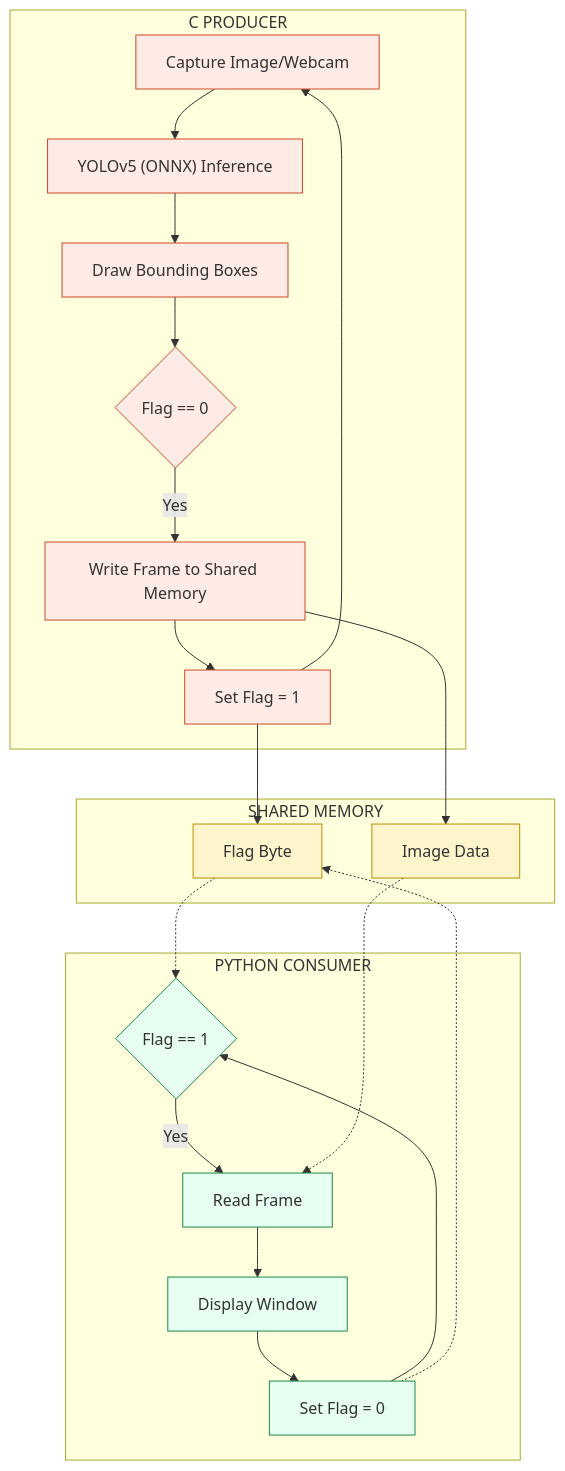
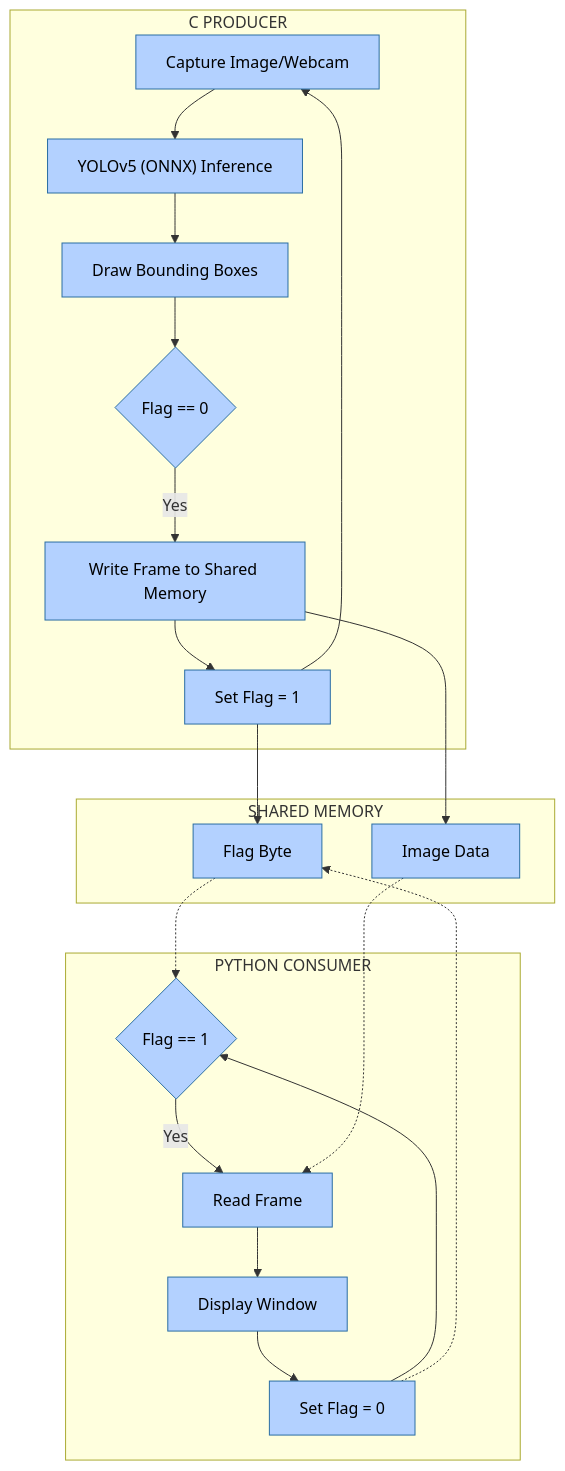
The diagram in README.md (tashib11/IPC-embedding), drawn with Mermaid before and after one commit.

````diff
--- a/README.md
+++ b/README.md
@@ -33,39 +33,39 @@
 ```mermaid
 %%{init: {"themeVariables": {"diagramBackground": "#f4f6f8"}}}%%
 flowchart TD
     subgraph PRODUCER ["C PRODUCER"]
         P1["Capture Image/Webcam"] --> P2["YOLOv5 (ONNX) Inference"]
         P2 --> P3["Draw Bounding Boxes"]
         P3 --> P4{"Flag == 0"}
         P4 -->|Yes| P5["Write Frame to Shared Memory"]
         P5 --> P6["Set Flag = 1"]
         P6 --> P1
     end
 
     subgraph MEMORY ["SHARED MEMORY"]
         M1["Flag Byte"]
         M2["Image Data"]
     end
 
     subgraph CONSUMER ["PYTHON CONSUMER"]
         C1{"Flag == 1"} -->|Yes| C2["Read Frame"]
         C2 --> C3["Display Window"]
         C3 --> C4["Set Flag = 0"]
         C4 --> C1
     end
 
     P5 --> M2
     P6 --> M1
     M1 -.-> C1
     M2 -.-> C2
     C4 -.-> M1
 
-    %% color classes
-    classDef producer fill:#ffebe6,stroke:#c94a2a,stroke-width:1px;
-    classDef memory fill:#fff5cc,stroke:#b38f00,stroke-width:1px;
-    classDef consumer fill:#e6fff0,stroke:#1a8a4a,stroke-width:1px;
+    %% color classes (blue background, black text)
+    classDef producer fill:#b3d1ff,stroke:#2b6ea3,stroke-width:1px,color:#000000;
+    classDef memory fill:#b3d1ff,stroke:#2b6ea3,stroke-width:1px,color:#000000;
+    classDef consumer fill:#b3d1ff,stroke:#2b6ea3,stroke-width:1px,color:#000000;
 
     class P1,P2,P3,P4,P5,P6 producer;
     class M1,M2 memory;
     class C1,C2,C3,C4 consumer;
 ```
````
